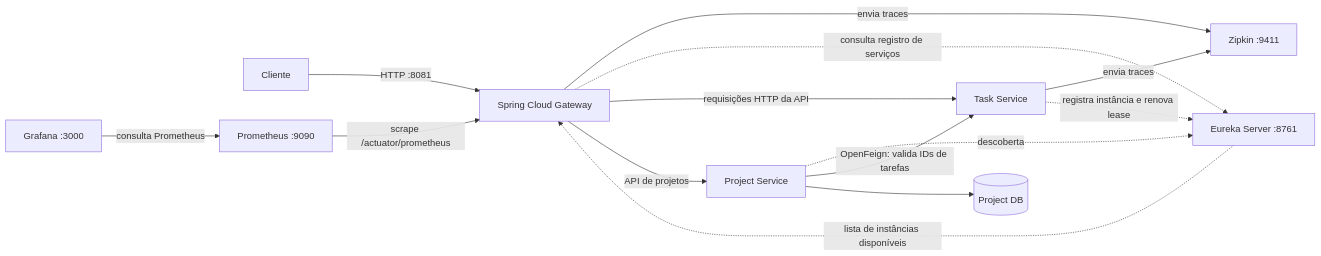
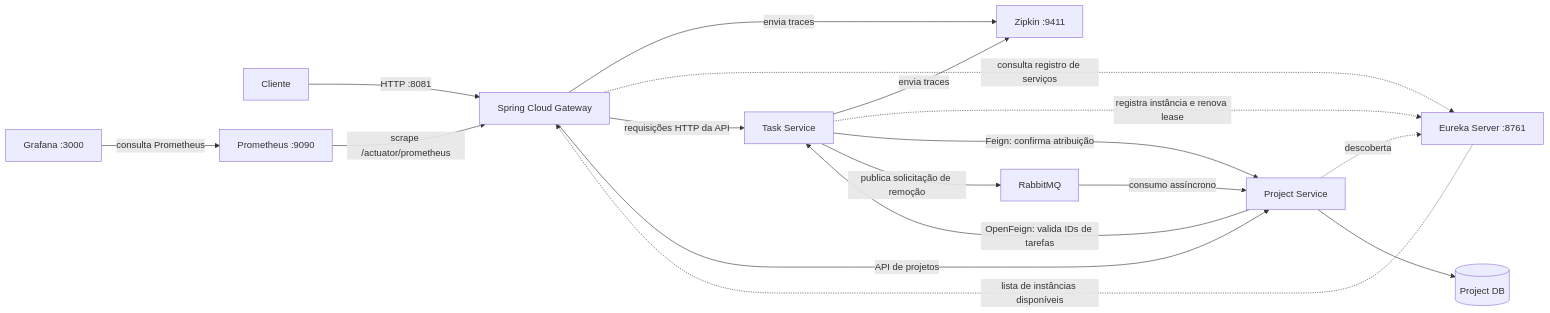
Before and after one commit to AlessandroSoaresRangel/estudo-microsservicos: the first of 2 diagrams in README.md, drawn with Mermaid. The commit also changed other lines of this file and 58 other files, not shown here.

````diff
--- a/README.md
+++ b/README.md
@@ -7,16 +7,19 @@
 ```mermaid
 flowchart LR
     C[Cliente] -->|HTTP :8081| G[Spring Cloud Gateway]
     P[Prometheus :9090] -->|scrape /actuator/prometheus| G
     D[Grafana :3000] -->|consulta Prometheus| P
     G -->|envia traces| Z[Zipkin :9411]
     T -->|envia traces| Z
     G -.->|consulta registro de serviços| E[Eureka Server :8761]
     E -.->|lista de instâncias disponíveis| G
     G -->|requisições HTTP da API| T[Task Service]
     T -.->|registra instância e renova lease| E
     G -->|API de projetos| PR[Project Service]
     PR -.->|descoberta| E
     PR -->|OpenFeign: valida IDs de tarefas| T
     PR --> PDB[(Project DB)]
+    T -->|Feign: confirma atribuição| PR
+    T -->|publica solicitação de remoção| MQ[RabbitMQ]
+    MQ -->|consumo assíncrono| PR
 ```
````
